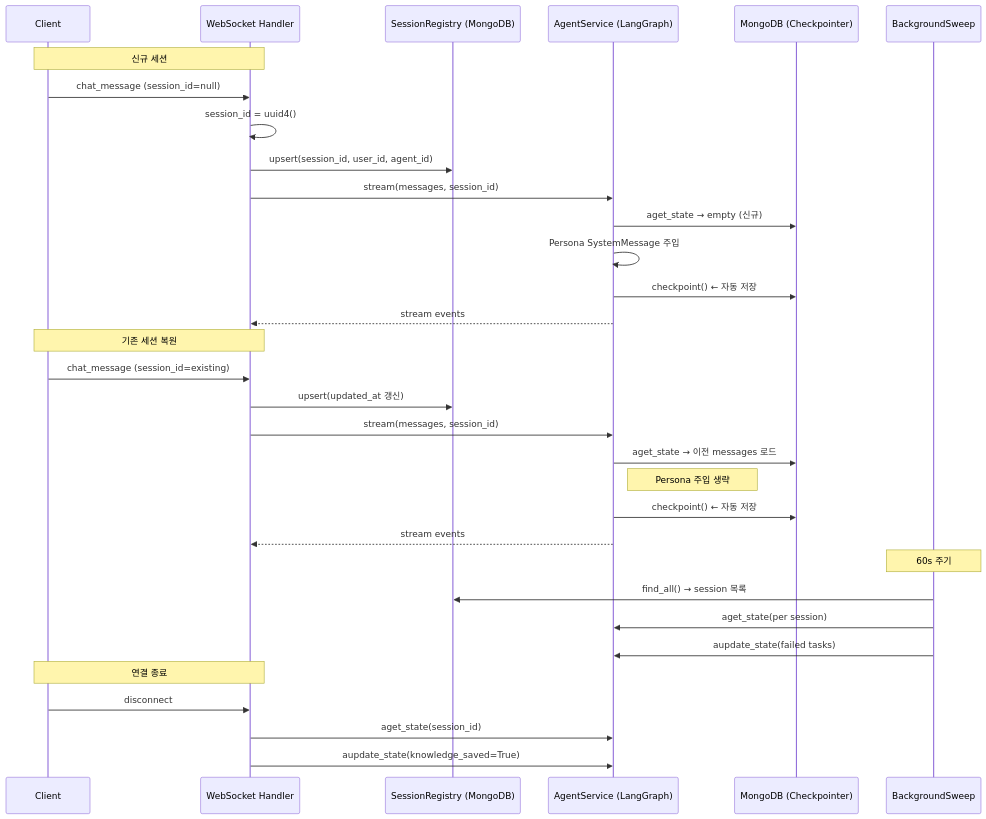
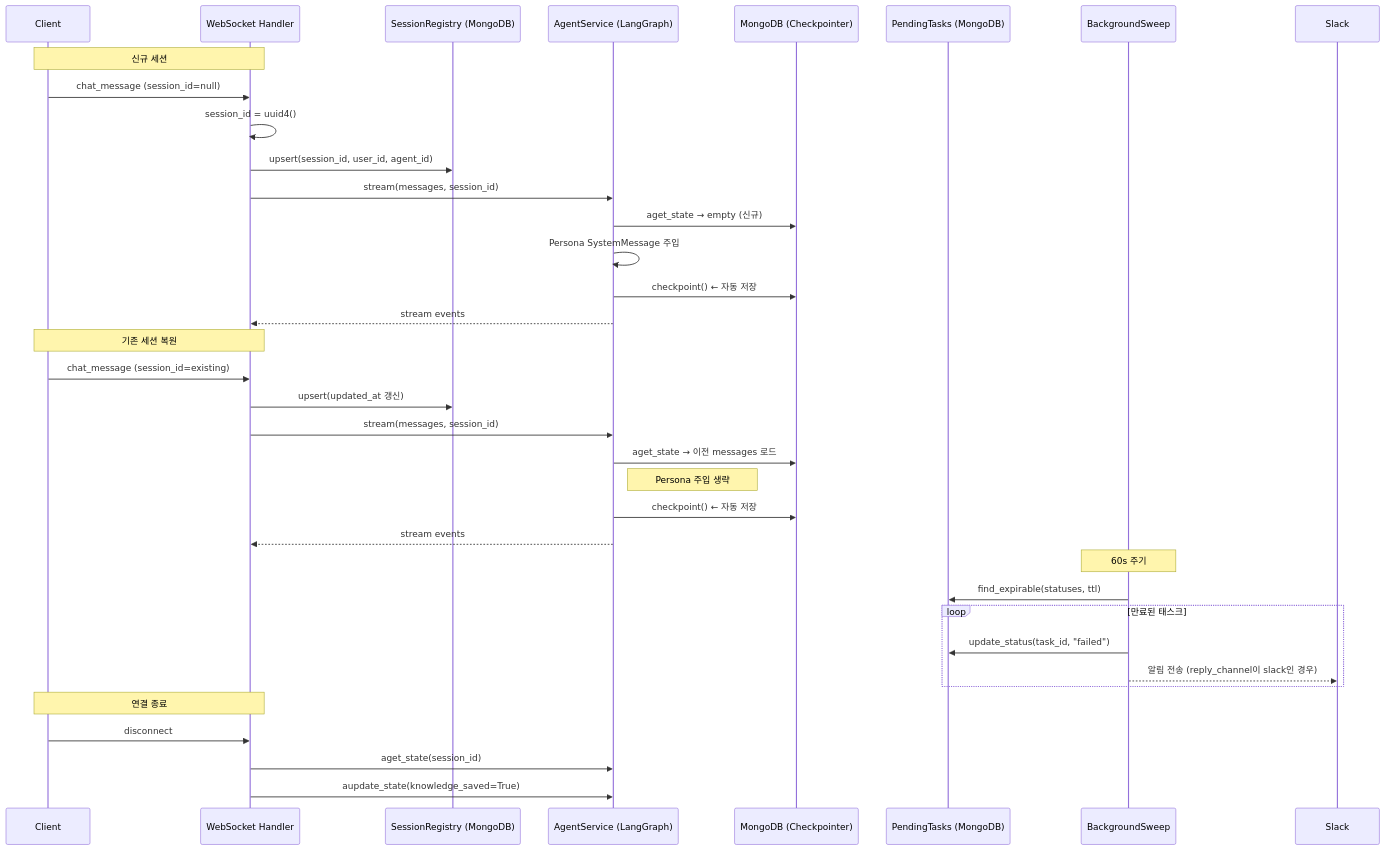
Before and after one commit to yw0nam/DesktopMatePlus: the diagram in docs/data_flow/session/STM_LIFECYCLE.md, drawn with Mermaid. The commit also changed other lines of this file and 1 other file, not shown here.

First line of the commit message:
docs: update README.md and STM_LIFECYCLE.md for PR #30 architecture

````diff
--- a/docs/data_flow/session/STM_LIFECYCLE.md
+++ b/docs/data_flow/session/STM_LIFECYCLE.md
@@ -90,38 +92,41 @@
 ```mermaid
 sequenceDiagram
     participant Client
     participant WS as WebSocket Handler
     participant Reg as SessionRegistry (MongoDB)
     participant Agent as AgentService (LangGraph)
     participant DB as MongoDB (Checkpointer)
+    participant TaskDB as PendingTasks (MongoDB)
     participant Sweep as BackgroundSweep
 
     Note over Client, WS: 신규 세션
     Client->>WS: chat_message (session_id=null)
     WS->>WS: session_id = uuid4()
     WS->>Reg: upsert(session_id, user_id, agent_id)
     WS->>Agent: stream(messages, session_id)
     Agent->>DB: aget_state → empty (신규)
     Agent->>Agent: Persona SystemMessage 주입
     Agent->>DB: checkpoint() ← 자동 저장
     Agent-->>WS: stream events
 
     Note over Client, WS: 기존 세션 복원
     Client->>WS: chat_message (session_id=existing)
     WS->>Reg: upsert(updated_at 갱신)
     WS->>Agent: stream(messages, session_id)
     Agent->>DB: aget_state → 이전 messages 로드
     Note right of Agent: Persona 주입 생략
     Agent->>DB: checkpoint() ← 자동 저장
     Agent-->>WS: stream events
 
     Note over Sweep: 60s 주기
-    Sweep->>Reg: find_all() → session 목록
-    Sweep->>Agent: aget_state(per session)
-    Sweep->>Agent: aupdate_state(failed tasks)
+    Sweep->>TaskDB: find_expirable(statuses, ttl)
+    loop 만료된 태스크
+        Sweep->>TaskDB: update_status(task_id, "failed")
+        Sweep-->>Slack: 알림 전송 (reply_channel이 slack인 경우)
+    end
 
     Note over Client, WS: 연결 종료
     Client->>WS: disconnect
     WS->>Agent: aget_state(session_id)
     WS->>Agent: aupdate_state(knowledge_saved=True)
 ```
````
